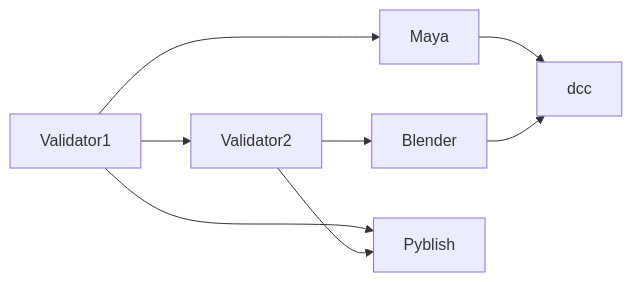
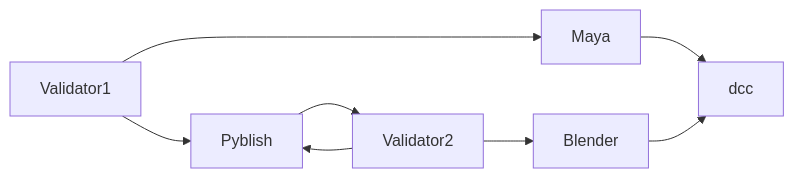
Before and after one commit to hannesdelbeke/brain: the diagram in PKM/Link strength.md, drawn with Mermaid.

Commit message:
auto backup: 2023-01-27 22:46
Affected files:

````diff
--- a/PKM/Link strength.md
+++ b/PKM/Link strength.md
@@ -5,10 +5,9 @@
 ```mermaid
 graph LR;
-    Validator1 --> Validator2;
+    Validator1 --> Pyblish --> Validator2;
     Validator1 --> Maya
     Validator2 --> Blender
-    Validator1 --> Pyblish
     Validator2 --> Pyblish
     Maya --> dcc
     Blender --> dcc
 ```
````
